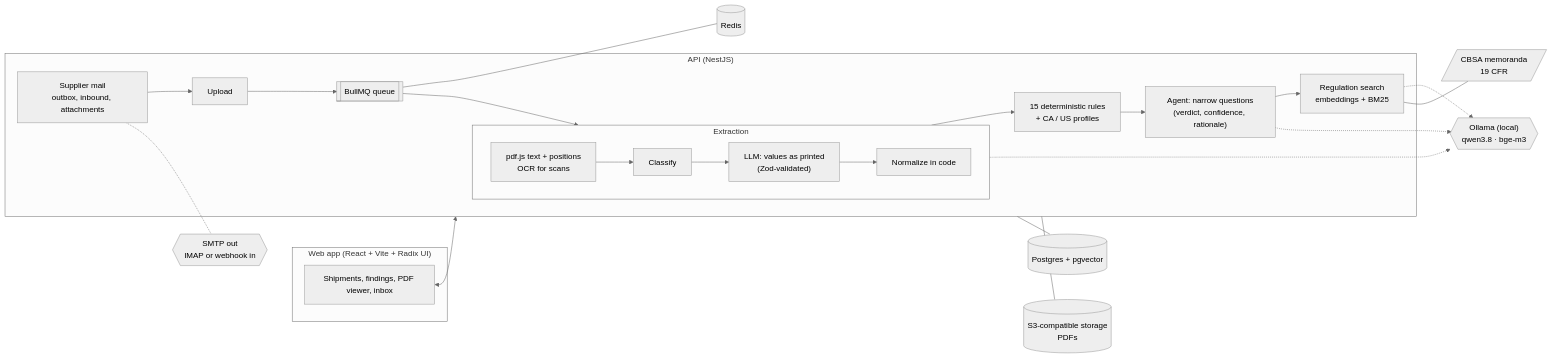
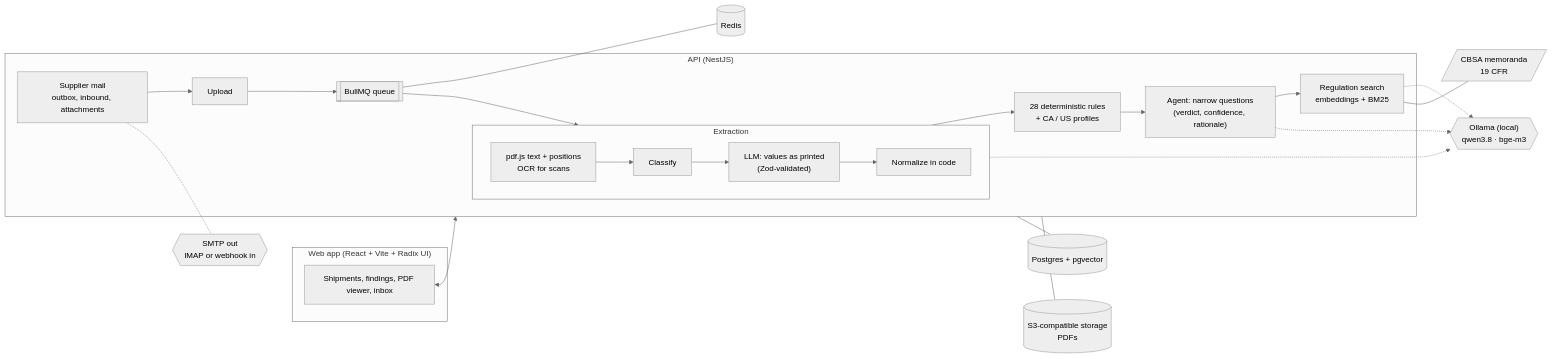
The diagram in README.md (smalbach/doccheck), drawn with Mermaid (neutral theme) before and after one commit. The commit also changed other lines of this file and 164 other files, not shown here.

````diff
--- a/README.md
+++ b/README.md
@@ -77,27 +80,27 @@
 ```mermaid
 flowchart LR
   subgraph Web["Web app (React + Vite + Radix UI)"]
     UI[Shipments, findings, PDF viewer, inbox]
   end
   subgraph API["API (NestJS)"]
     Upload[Upload] --> Queue[[BullMQ queue]]
     Queue --> Extract
     subgraph Extract["Extraction"]
       direction LR
       Parse["pdf.js text + positions<br/>OCR for scans"] --> Classify[Classify] --> LLM["LLM: values as printed<br/>(Zod-validated)"] --> Normalize[Normalize in code]
     end
-    Normalize --> Rules["15 deterministic rules<br/>+ CA / US profiles"]
+    Normalize --> Rules["28 deterministic rules<br/>+ CA / US profiles"]
     Rules --> Agent["Agent: narrow questions<br/>(verdict, confidence, rationale)"]
     Agent --> Cite["Regulation search<br/>embeddings + BM25"]
     Mail["Supplier mail<br/>outbox, inbound, attachments"] --> Upload
   end
   UI <--> API
   API --- PG[(Postgres + pgvector)]
   API --- S3[(S3-compatible storage<br/>PDFs)]
   Queue --- Redis[(Redis)]
   Mail -.- SMTP{{"SMTP out<br/>IMAP or webhook in"}}
   LLM -.-> Ollama{{"Ollama (local)<br/>qwen3.8 · bge-m3"}}
   Agent -.-> Ollama
   Cite -.-> Ollama
   Cite --- Corpus[/"CBSA memoranda<br/>19 CFR"/]
 ```
````
